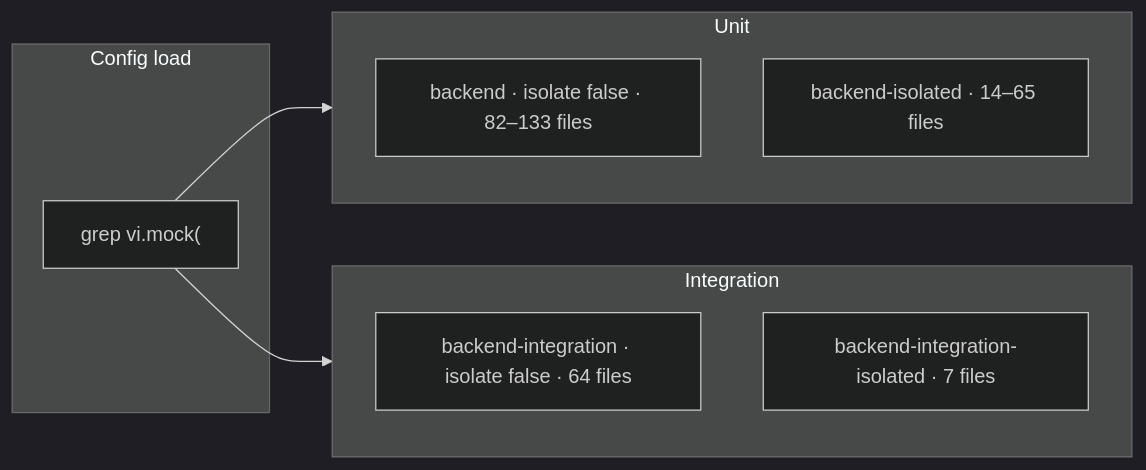
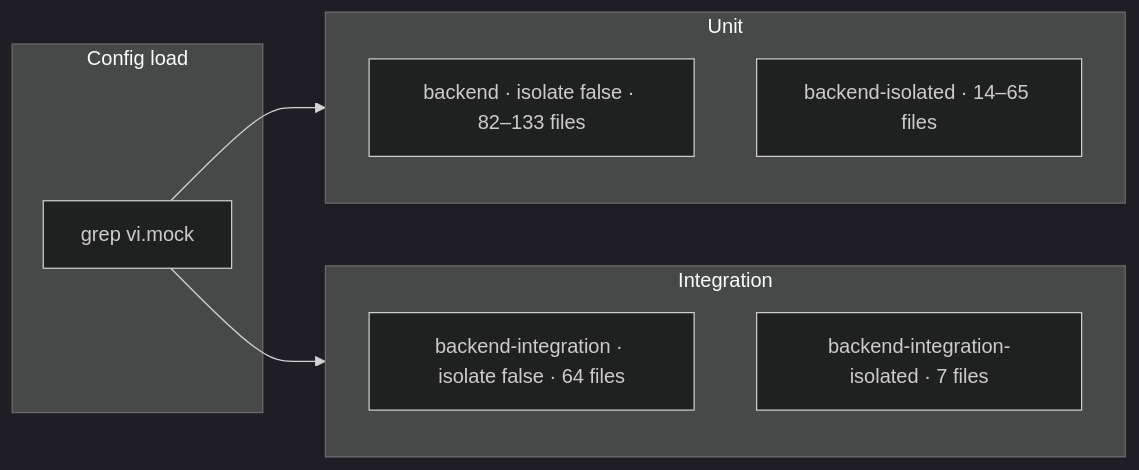
Before and after one commit to opengovsg/plumber: the second of 2 diagrams in docs/blog-speeding-up-vitest-tests.md, drawn with Mermaid (dark theme). The commit also changed other lines of this file, not shown here.

Commit message:
docs: drop turbo benchmark columns and simplify vi.mock grep wording

````diff
--- a/docs/blog-speeding-up-vitest-tests.md
+++ b/docs/blog-speeding-up-vitest-tests.md
@@ -65,19 +65,19 @@
 ```mermaid
 flowchart LR
   subgraph detect ["Config load"]
-    grep["grep vi.mock("]
+    grep["grep vi.mock"]
   end
 
   subgraph unit ["Unit"]
     U1["backend · isolate false · 82–133 files"]
     U2["backend-isolated · 14–65 files"]
   end
 
   subgraph int ["Integration"]
     I1["backend-integration · isolate false · 64 files"]
     I2["backend-integration-isolated · 7 files"]
   end
 
   grep --> unit
   grep --> int
 ```
````
